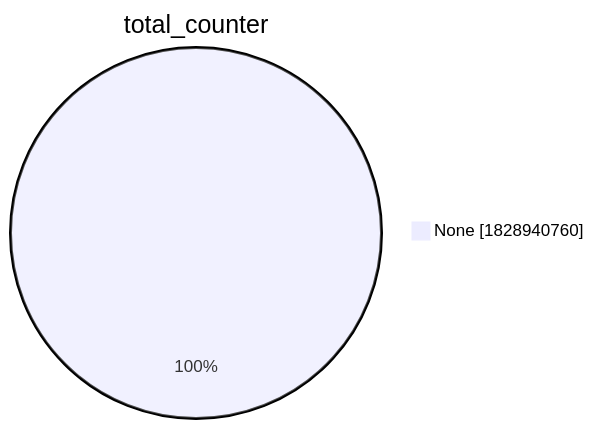
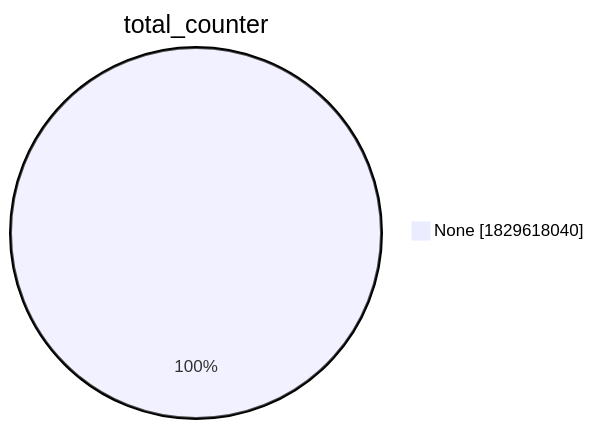
One commit to christiankrug/ctmonitor_visualization changed the second of 15 diagrams in xenon2022/README.md. Above: the diagram before and after it, drawn with Mermaid. The commit also changed other lines of this file, not shown here.

````diff
--- a/xenon2022/README.md
+++ b/xenon2022/README.md
@@ -9,5 +9,5 @@
 ```mermaid
 pie showData
 title total_counter
-"None" :1828940760
+"None" :1829618040
 ```
````
